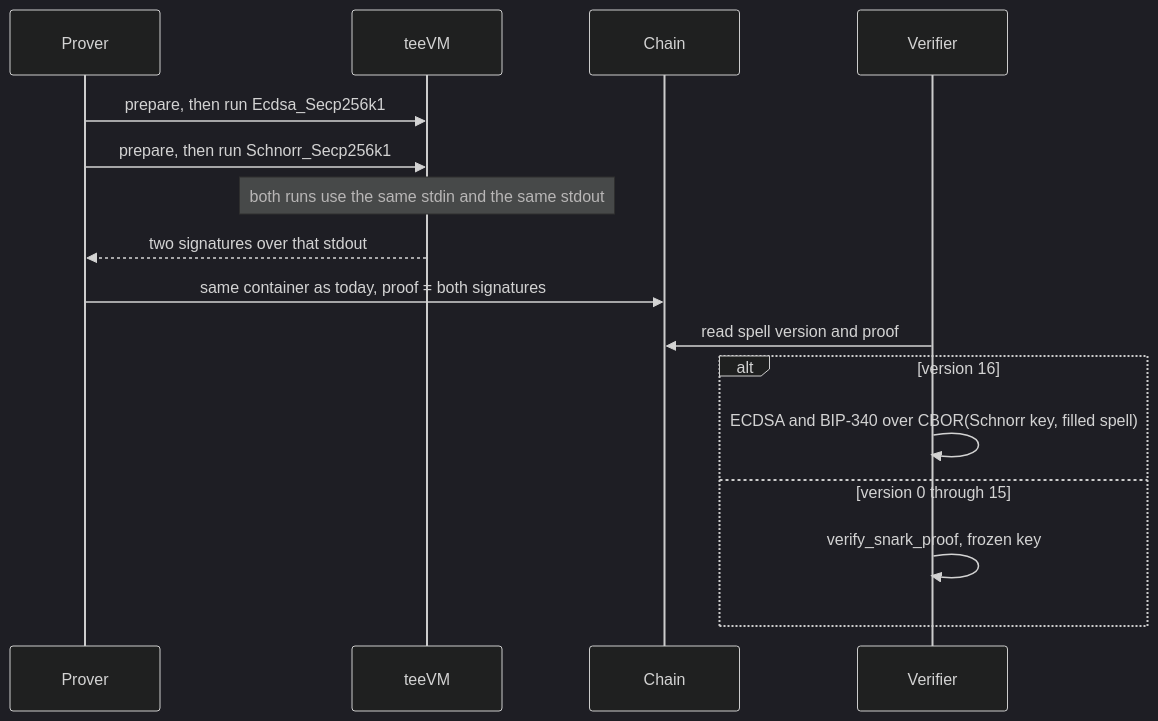
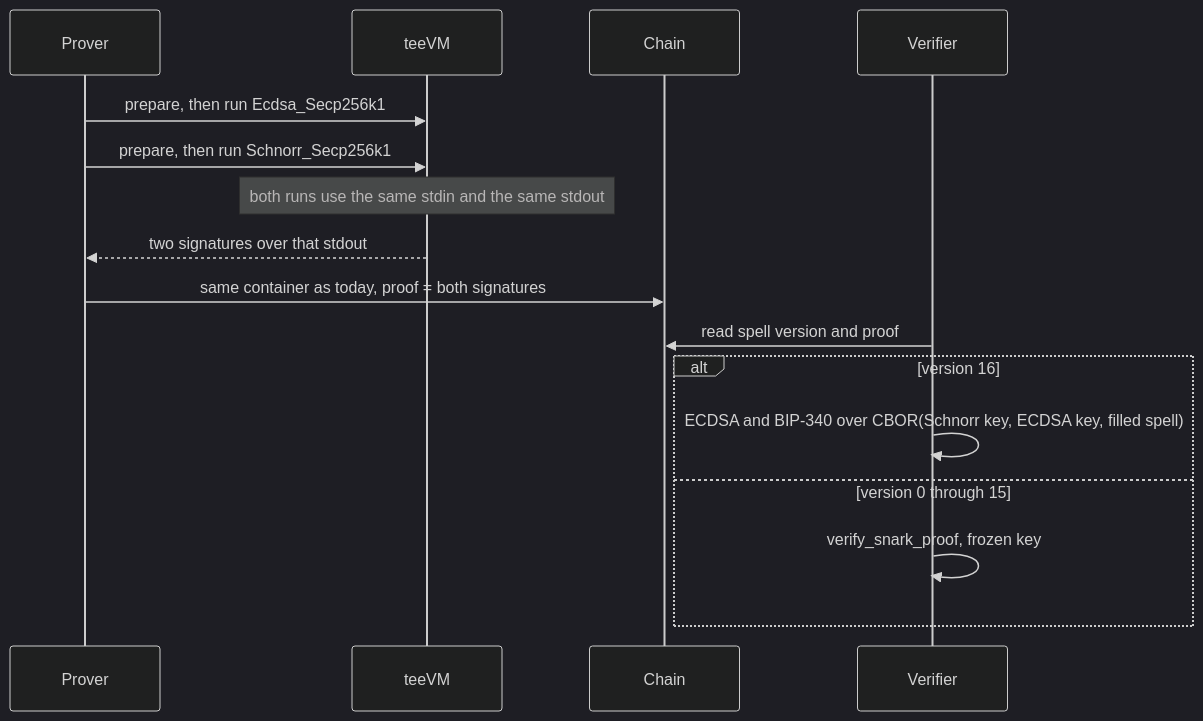
The diagram in docs/plans/2026-11-27-0145-feat-teevm-spell-certification-plan.md (CharmsDev/charms), drawn with Mermaid (dark theme) before and after one commit. The commit also changed other lines of this file, not shown here.

First line of the commit message:
docs: bind the v16 ECDSA key outside the guest

````diff
--- a/docs/plans/2026-11-27-0145-feat-teevm-spell-certification-plan.md
+++ b/docs/plans/2026-11-27-0145-feat-teevm-spell-certification-plan.md
@@ -173,18 +173,18 @@
 ```mermaid
 sequenceDiagram
     participant Prover
     participant teeVM
     participant Chain
     participant Verifier
     Prover->>teeVM: prepare, then run Ecdsa_Secp256k1
     Prover->>teeVM: prepare, then run Schnorr_Secp256k1
     Note over teeVM: both runs use the same stdin and the same stdout
     teeVM-->>Prover: two signatures over that stdout
     Prover->>Chain: same container as today, proof = both signatures
     Verifier->>Chain: read spell version and proof
     alt version 16
-        Verifier->>Verifier: ECDSA and BIP-340 over CBOR(Schnorr key, filled spell)
+        Verifier->>Verifier: ECDSA and BIP-340 over CBOR(Schnorr key, ECDSA key, filled spell)
     else version 0 through 15
         Verifier->>Verifier: verify_snark_proof, frozen key
     end
 ```
````
